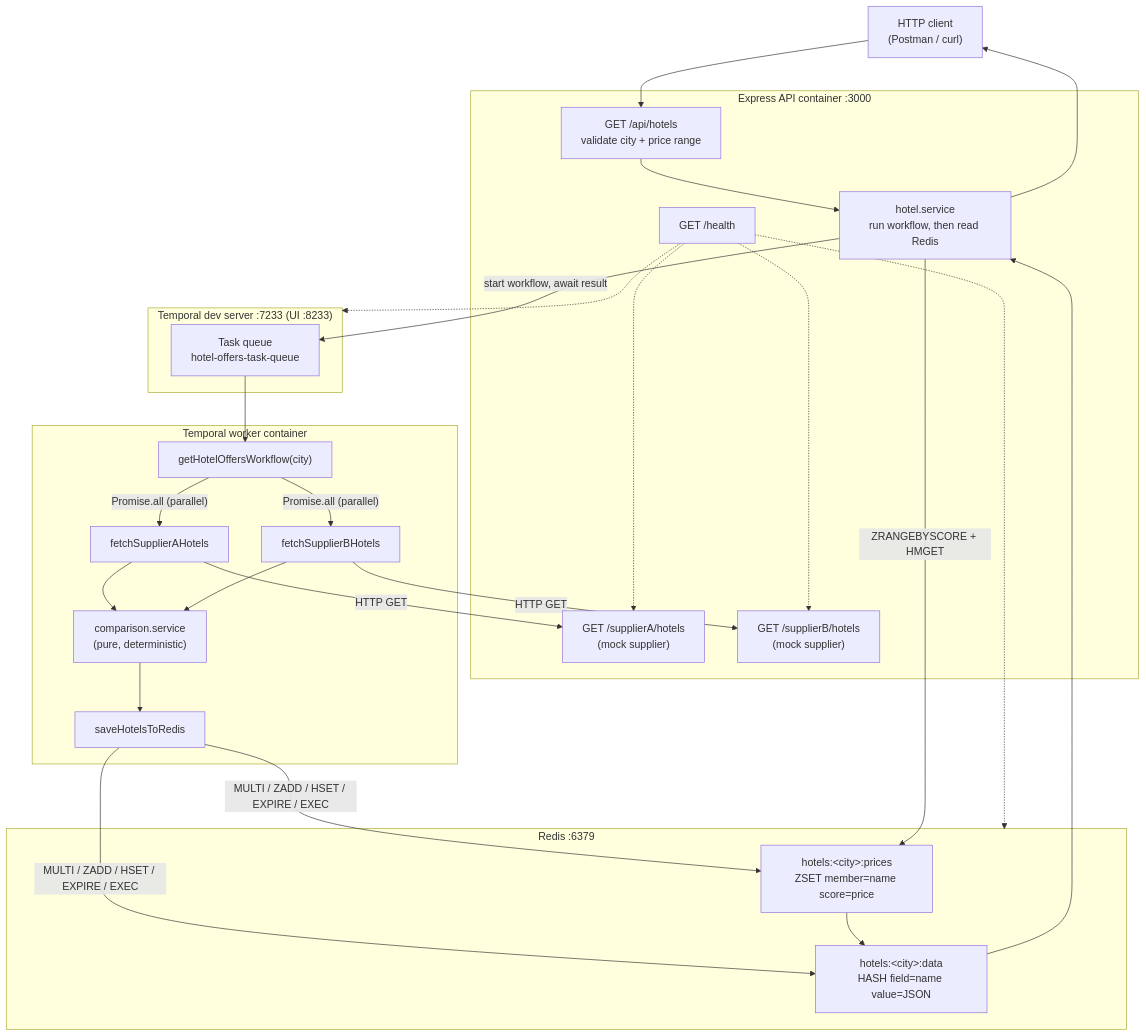
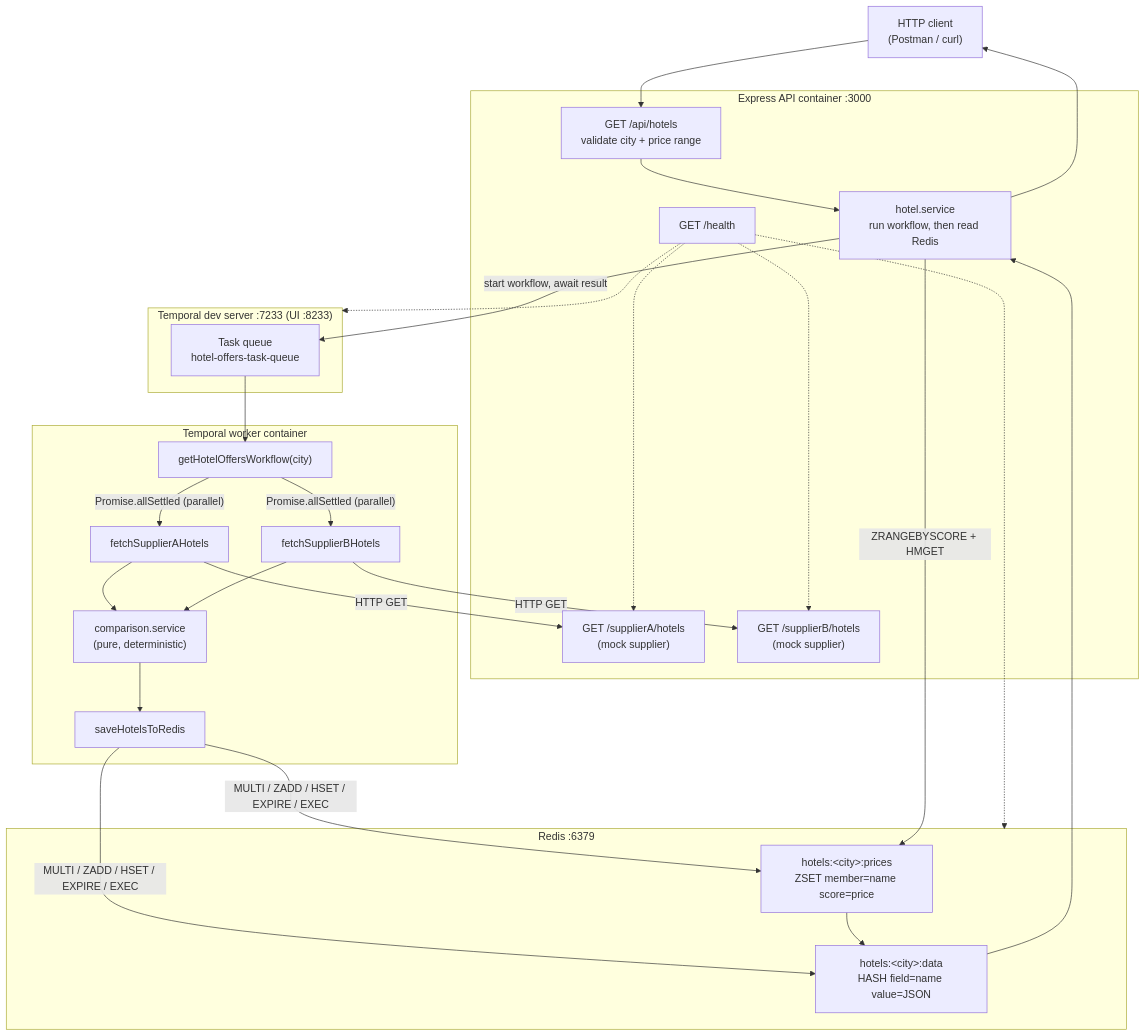
The diagram in README.md (Vnagi08/hotel-offer-orchestrator), drawn with Mermaid before and after one commit. The commit also changed other lines of this file and 2 other files, not shown here.

First line of the commit message:
Correct README attributions, fix diagram, add X-Partial-Results header

````diff
--- a/README.md
+++ b/README.md
@@ -43,42 +43,42 @@
 ```mermaid
 flowchart TB
     client["HTTP client<br/>(Postman / curl)"]
 
     subgraph api["Express API container :3000"]
         route["GET /api/hotels<br/>validate city + price range"]
         svc["hotel.service<br/>run workflow, then read Redis"]
         supA["GET /supplierA/hotels<br/>(mock supplier)"]
         supB["GET /supplierB/hotels<br/>(mock supplier)"]
         health["GET /health"]
     end
 
     subgraph temporal["Temporal dev server :7233 (UI :8233)"]
         queue["Task queue<br/>hotel-offers-task-queue"]
     end
 
     subgraph worker["Temporal worker container"]
         wf["getHotelOffersWorkflow(city)"]
         actA["fetchSupplierAHotels"]
         actB["fetchSupplierBHotels"]
         cmp["comparison.service<br/>(pure, deterministic)"]
         save["saveHotelsToRedis"]
     end
 
     subgraph redis["Redis :6379"]
         zset["hotels:&lt;city&gt;:prices<br/>ZSET member=name score=price"]
         hash["hotels:&lt;city&gt;:data<br/>HASH field=name value=JSON"]
     end
 
     client --> route --> svc
     svc -- "start workflow, await result" --> queue
     queue --> wf
-    wf -- "Promise.all (parallel)" --> actA & actB
+    wf -- "Promise.allSettled (parallel)" --> actA & actB
     actA -- "HTTP GET" --> supA
     actB -- "HTTP GET" --> supB
     actA & actB --> cmp --> save
     save -- "MULTI / ZADD / HSET / EXPIRE / EXEC" --> zset & hash
     svc -- "ZRANGEBYSCORE + HMGET" --> zset
     zset --> hash --> svc
     svc --> client
     health -.-> supA & supB & redis & temporal
 ```
````
